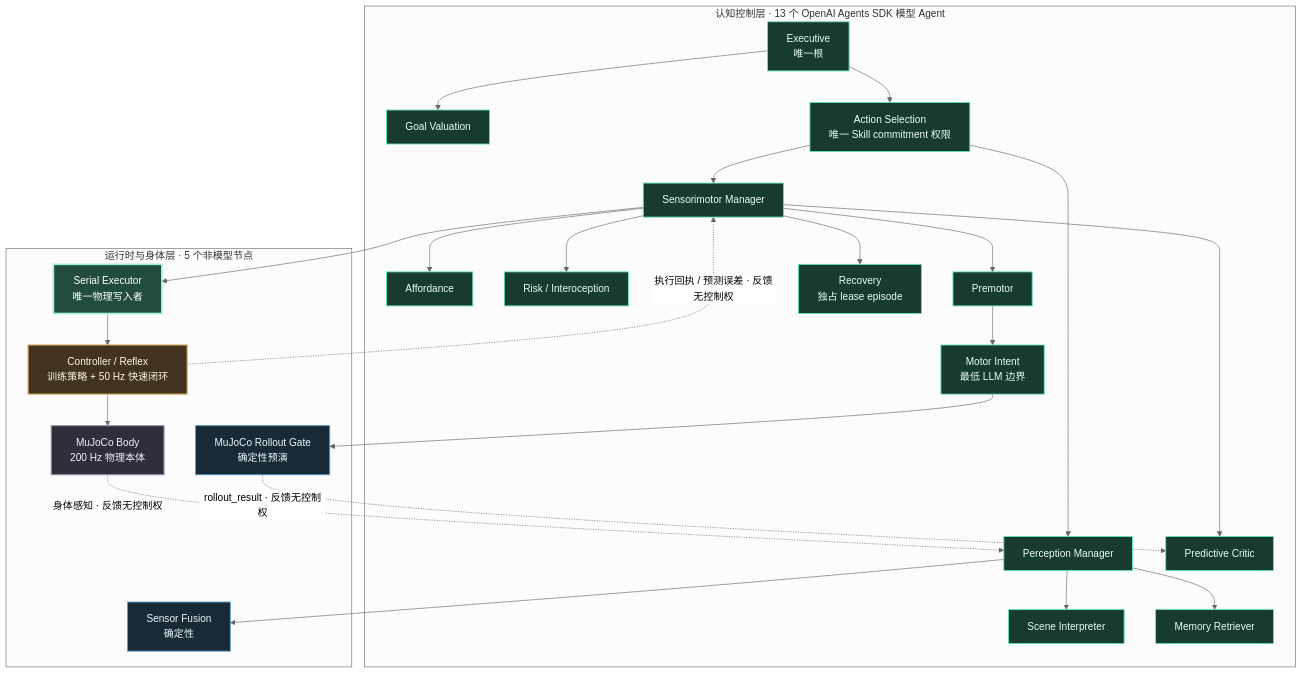
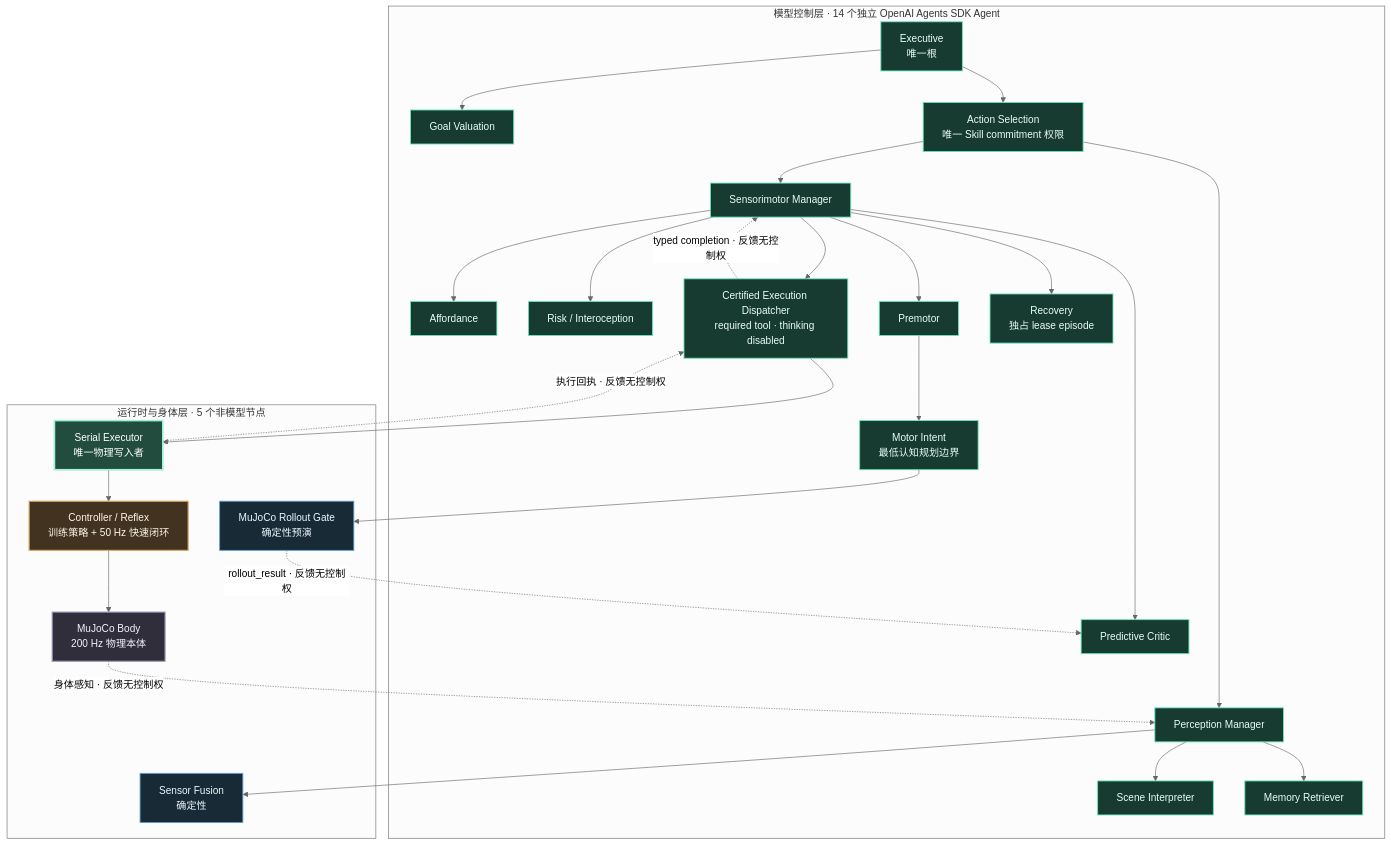
The diagram in README.md (multi-zhangyang/hear-3d-robot), drawn with Mermaid (neutral theme) before and after one commit. The commit also changed other lines of this file and 19 other files, not shown here.

Commit message:
feat: add certified neural execution dispatcher

````diff
--- a/README.md
+++ b/README.md
@@ -61,59 +62,62 @@
 ```mermaid
 flowchart TB
-    subgraph COG["认知控制层 · 13 个 OpenAI Agents SDK 模型 Agent"]
+    subgraph COG["模型控制层 · 14 个独立 OpenAI Agents SDK Agent"]
         E["Executive<br/>唯一根"]
         G["Goal Valuation"]
         AS["Action Selection<br/>唯一 Skill commitment 权限"]
         P["Perception Manager"]
         SI["Scene Interpreter"]
         MR["Memory Retriever"]
         SM["Sensorimotor Manager"]
         AF["Affordance"]
         RI["Risk / Interoception"]
         PC["Predictive Critic"]
         PM["Premotor"]
-        MI["Motor Intent<br/>最低 LLM 边界"]
+        MI["Motor Intent<br/>最低认知规划边界"]
+        ED["Certified Execution Dispatcher<br/>required tool · thinking disabled"]
         RC["Recovery<br/>独占 lease episode"]
     end
 
     subgraph RT["运行时与身体层 · 5 个非模型节点"]
         SF["Sensor Fusion<br/>确定性"]
         RG["MuJoCo Rollout Gate<br/>确定性预演"]
         EX["Serial Executor<br/>唯一物理写入者"]
         CR["Controller / Reflex<br/>训练策略 + 50 Hz 快速闭环"]
         B["MuJoCo Body<br/>200 Hz 物理本体"]
     end
 
     E --> G
     E --> AS
     AS --> P
     P --> SF
     P --> SI
     P --> MR
     AS --> SM
     SM --> AF
     SM --> RI
     SM --> PC
     SM --> PM
     SM --> RC
     PM --> MI
     MI --> RG
-    SM --> EX
+    SM --> ED
+    ED --> EX
     EX --> CR
     CR --> B
 
     RG -. "rollout_result · 反馈无控制权" .-> PC
-    CR -. "执行回执 / 预测误差 · 反馈无控制权" .-> SM
+    EX -. "执行回执 · 反馈无控制权" .-> ED
+    ED -. "typed completion · 反馈无控制权" .-> SM
     B -. "身体感知 · 反馈无控制权" .-> P
 
     classDef model fill:#173a31,stroke:#65e6bb,color:#e9fff6,stroke-width:1.4px
     classDef runtime fill:#182a35,stroke:#5aa0d1,color:#edf8ff,stroke-width:1.4px
     classDef writer fill:#214c3e,stroke:#9bf3d4,color:#ffffff,stroke-width:2.6px
     classDef controller fill:#41331f,stroke:#d8ad67,color:#fff7e8,stroke-width:1.8px
     classDef plant fill:#302e3b,stroke:#9a95b5,color:#f4f1ff,stroke-width:1.8px
-    class E,G,AS,P,SI,MR,SM,AF,RI,PC,PM,MI,RC model
+    class E,G,AS,P,SI,MR,SM,AF,RI,PC,PM,MI,ED,RC model
     class SF,RG runtime
     class EX writer
     class CR controller
     class B plant
 ```
````
